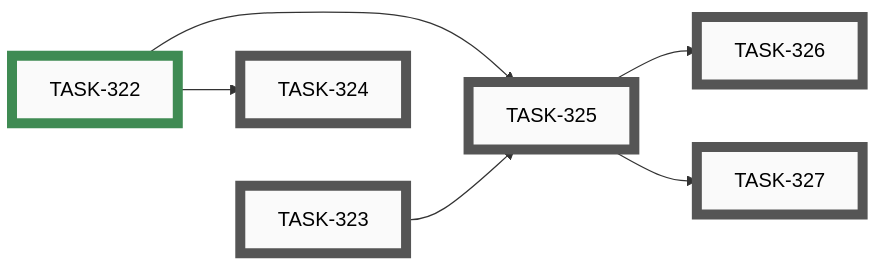
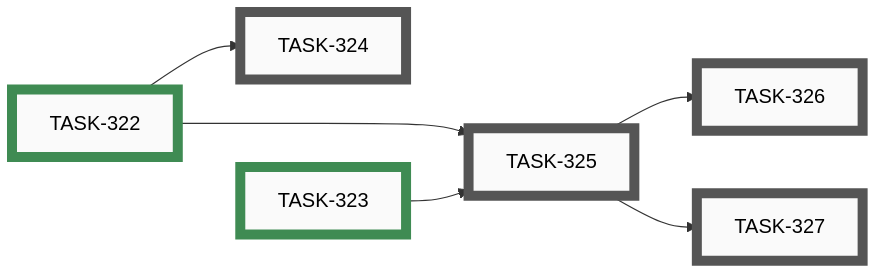
Before and after one commit to tgd1975/AwesomeStudioPedal: the seventh of 8 diagrams in docs/developers/tasks/EPICS.md, drawn with Mermaid. The commit also changed other lines of this file and 4 other files, not shown here.

First line of the commit message:
close TASK-323: Convert /commit skill to pathspec form

````diff
--- a/docs/developers/tasks/EPICS.md
+++ b/docs/developers/tasks/EPICS.md
@@ -243,29 +243,29 @@
 ```mermaid
 graph LR
-    TASK_323["TASK-323"]:::open
     TASK_324["TASK-324"]:::open
     TASK_325["TASK-325"]:::open
     TASK_326["TASK-326"]:::open
     TASK_327["TASK-327"]:::open
     TASK_322["TASK-322"]:::closed
+    TASK_323["TASK-323"]:::closed
     TASK_322 --> TASK_324
     TASK_322 --> TASK_325
     TASK_323 --> TASK_325
     TASK_325 --> TASK_326
     TASK_325 --> TASK_327
     TASK_322 ~~~ TASK_323
-    click TASK_323 "open/task-323-convert-commit-skill-to-pathspec-form.md"
     click TASK_324 "open/task-324-update-claudemd-and-add-commit-policy-page.md"
     click TASK_325 "open/task-325-implement-precommit-hook-enforcement.md"
     click TASK_326 "open/task-326-route-other-commit-skills-through-commit.md"
     click TASK_327 "open/task-327-decide-partial-hunk-policy.md"
     click TASK_322 "closed/task-322-decide-commit-provenance-and-bypass-mechanism.md"
+    click TASK_323 "closed/task-323-convert-commit-skill-to-pathspec-form.md"
     classDef open    fill:#FAFAFA,stroke:#555,stroke-width:8px,color:#000
     classDef active  fill:#FAFAFA,stroke:#1A6FA8,stroke-width:8px,color:#000
     classDef closed  fill:#FAFAFA,stroke:#3F8B53,stroke-width:8px,color:#000
     classDef paused  fill:#FAFAFA,stroke:#B07810,stroke-width:8px,color:#000
     classDef openExt    fill:#000,stroke:#888,stroke-width:8px,color:#FFF
     classDef activeExt  fill:#000,stroke:#3FA9F5,stroke-width:8px,color:#FFF
     classDef closedExt  fill:#000,stroke:#7CC68A,stroke-width:8px,color:#FFF
     classDef pausedExt  fill:#000,stroke:#F0B030,stroke-width:8px,color:#FFF
 ```
````
